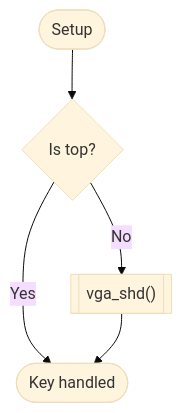
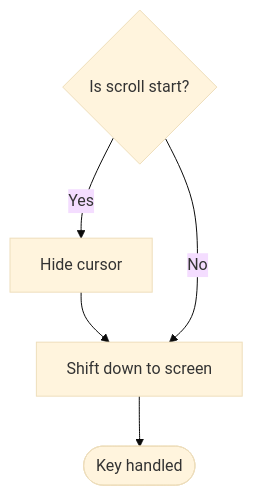
Diagram 11 of 12 in docs/drv/keyboard.md (facooya/fayos), drawn with Mermaid (base theme) before and after one commit. The commit also changed other lines of this file and 1 other file, not shown here.

Commit message:
docs(keyboard): Update process flow for page up/down keys

````diff
--- a/docs/drv/keyboard.md
+++ b/docs/drv/keyboard.md
@@ -344,6 +344,6 @@
 ```mermaid
 graph TD
-Start([Setup]) --> IfTop{"Is top?"}
-IfTop -- Yes --> End([Key handled])
-IfTop -- No --> A[["vga_shd()"]] --> End
+IfStart{"Is scroll start?"}
+IfStart -- Yes --> Curs[Hide cursor] --> Shd
+IfStart -- No --> Shd[Shift down to screen] --> End([Key handled])
 ```
````
